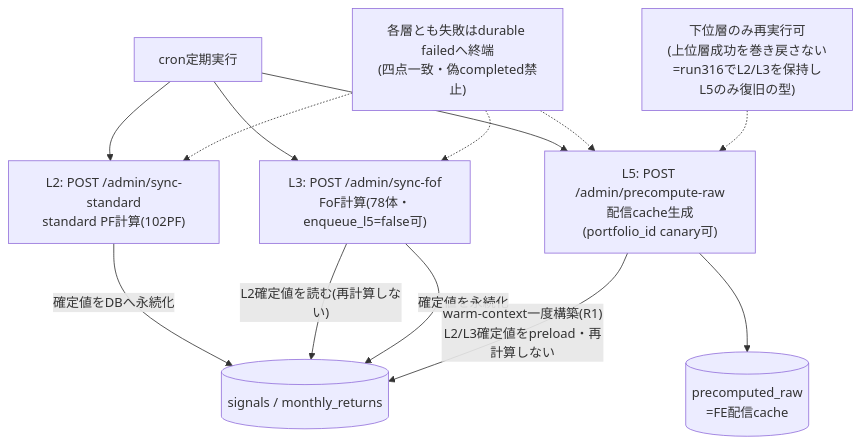
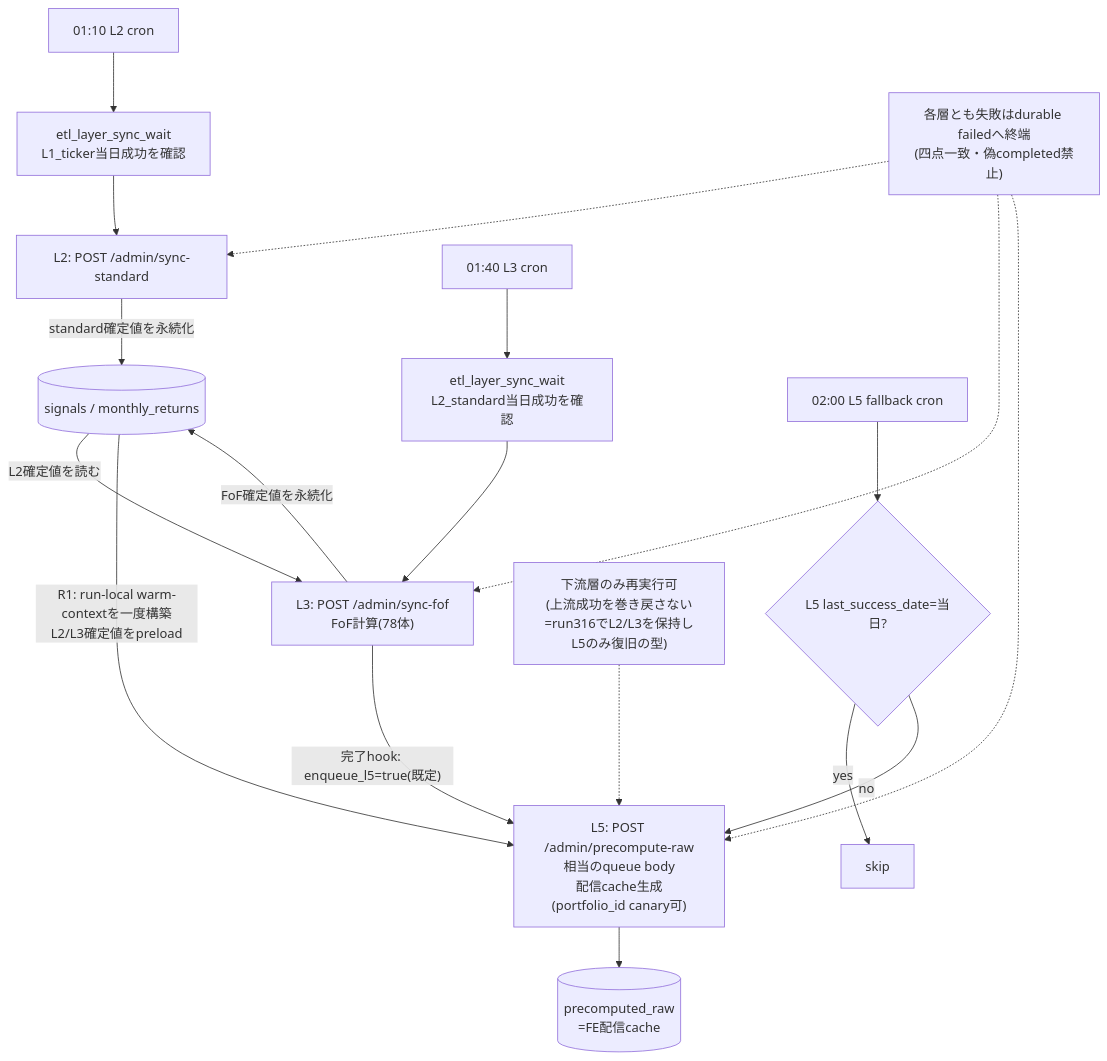
The third of 4 diagrams in docs/research/dm-production-recovery-v3_20260813.md (simokitafresh/multi-agent-shogun), drawn with Mermaid before and after one commit. The commit also changed other lines of this file, not shown here.

Commit message:
docs: align recovery v3.1 flows with production code

````diff
--- a/docs/research/dm-production-recovery-v3_20260813.md
+++ b/docs/research/dm-production-recovery-v3_20260813.md
@@ -70,15 +73,19 @@
 ```mermaid
 flowchart TD
-    CRON["cron定期実行"] --> L2["L2: POST /admin/sync-standard<br/>standard PF計算(102PF)"]
-    CRON --> L3["L3: POST /admin/sync-fof<br/>FoF計算(78体・enqueue_l5=false可)"]
-    CRON --> L5["L5: POST /admin/precompute-raw<br/>配信cache生成(portfolio_id canary可)"]
-    L2 -->|"確定値をDBへ永続化"| DB[("signals / monthly_returns")]
-    L3 -->|"L2確定値を読む(再計算しない)"| DB
-    L3 -->|"確定値を永続化"| DB
-    L5 -->|"warm-context一度構築(R1)<br/>L2/L3確定値をpreload・再計算しない"| DB
+    C2["01:10 L2 cron"] --> W2["etl_layer_sync_wait<br/>L1_ticker当日成功を確認"] --> L2["L2: POST /admin/sync-standard"]
+    L2 -->|"standard確定値を永続化"| DB[("signals / monthly_returns")]
+    C3["01:40 L3 cron"] --> W3["etl_layer_sync_wait<br/>L2_standard当日成功を確認"]
+    W3 --> L3["L3: POST /admin/sync-fof<br/>FoF計算(78体)"]
+    DB -->|"L2確定値を読む"| L3
+    L3 -->|"FoF確定値を永続化"| DB
+    L3 -->|"完了hook: enqueue_l5=true(既定)"| L5["L5: POST /admin/precompute-raw相当のqueue body<br/>配信cache生成(portfolio_id canary可)"]
+    C5["02:00 L5 fallback cron"] --> S5{"L5 last_success_date=当日?"}
+    S5 -->|yes| SKIP["skip"]
+    S5 -->|no| L5
+    DB -->|"R1: run-local warm-contextを一度構築<br/>L2/L3確定値をpreload"| L5
     L5 --> RAW[("precomputed_raw<br/>=FE配信cache")]
     NOTE1["各層とも失敗はdurable failedへ終端<br/>(四点一致・偽completed禁止)"] -.-> L2
     NOTE1 -.-> L3
     NOTE1 -.-> L5
-    NOTE2["下位層のみ再実行可<br/>(上位層成功を巻き戻さない<br/>=run316でL2/L3を保持しL5のみ復旧の型)"] -.-> L5
+    NOTE2["下流層のみ再実行可<br/>(上流成功を巻き戻さない<br/>=run316でL2/L3を保持しL5のみ復旧の型)"] -.-> L5
 ```
````
